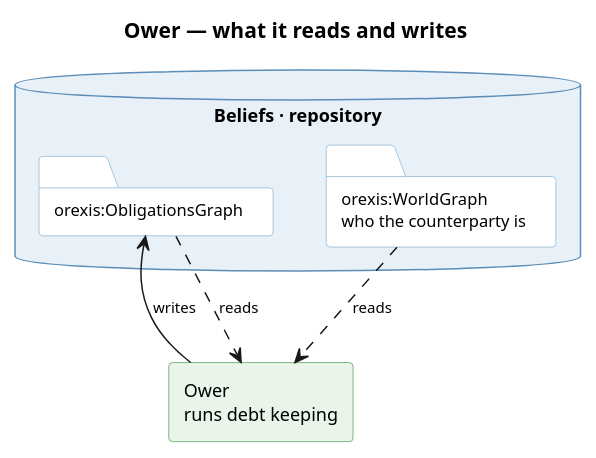
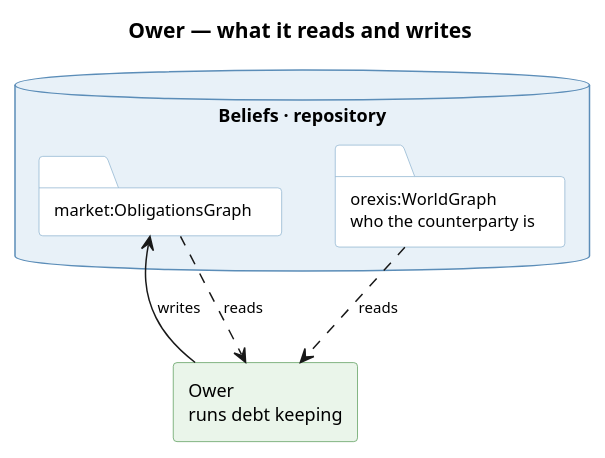
Before and after one commit to ShishkinDmitriy/orexis: the diagram in knowledge/diagrams/service-ower.puml, drawn with PlantUML. The commit also changed 32 other files, not shown here.

```diff
--- a/knowledge/diagrams/service-ower.puml
+++ b/knowledge/diagrams/service-ower.puml
@@ -1,36 +1,36 @@
 @startuml service-ower
 title Ower — what it reads and writes
 
 skinparam componentStyle rectangle
 skinparam shadowing false
 skinparam defaultFontSize 12
 skinparam titleFontSize 14
 skinparam ArrowFontSize 10
 skinparam database {
   BackgroundColor #E8F1F8
   BorderColor #5B8DB8
 }
 skinparam folder {
   BackgroundColor #FFFFFF
   BorderColor #8FB4D0
   FontSize 11
 }
 skinparam component {
   BackgroundColor #EAF5EA
   BorderColor #5E9E5E
 }
 
 
 database "Beliefs · repository" as BEL {
-  folder "orexis:ObligationsGraph" as O
+  folder "market:ObligationsGraph" as O
   folder "orexis:WorldGraph\nwho the counterparty is" as W
 }
 
 component "Ower\nruns debt keeping" as OW
 
 
 O ..> OW : reads
 W ..> OW : reads
 OW --> O : writes
 
 @enduml
```
